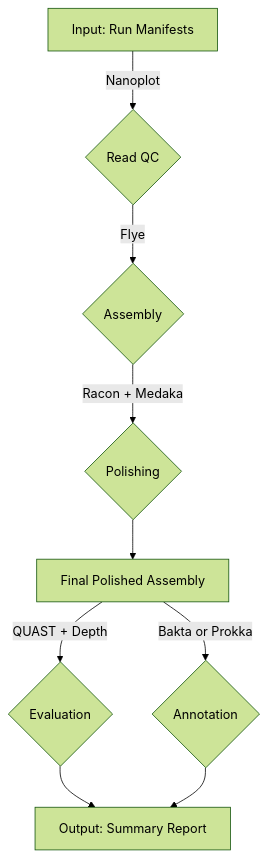
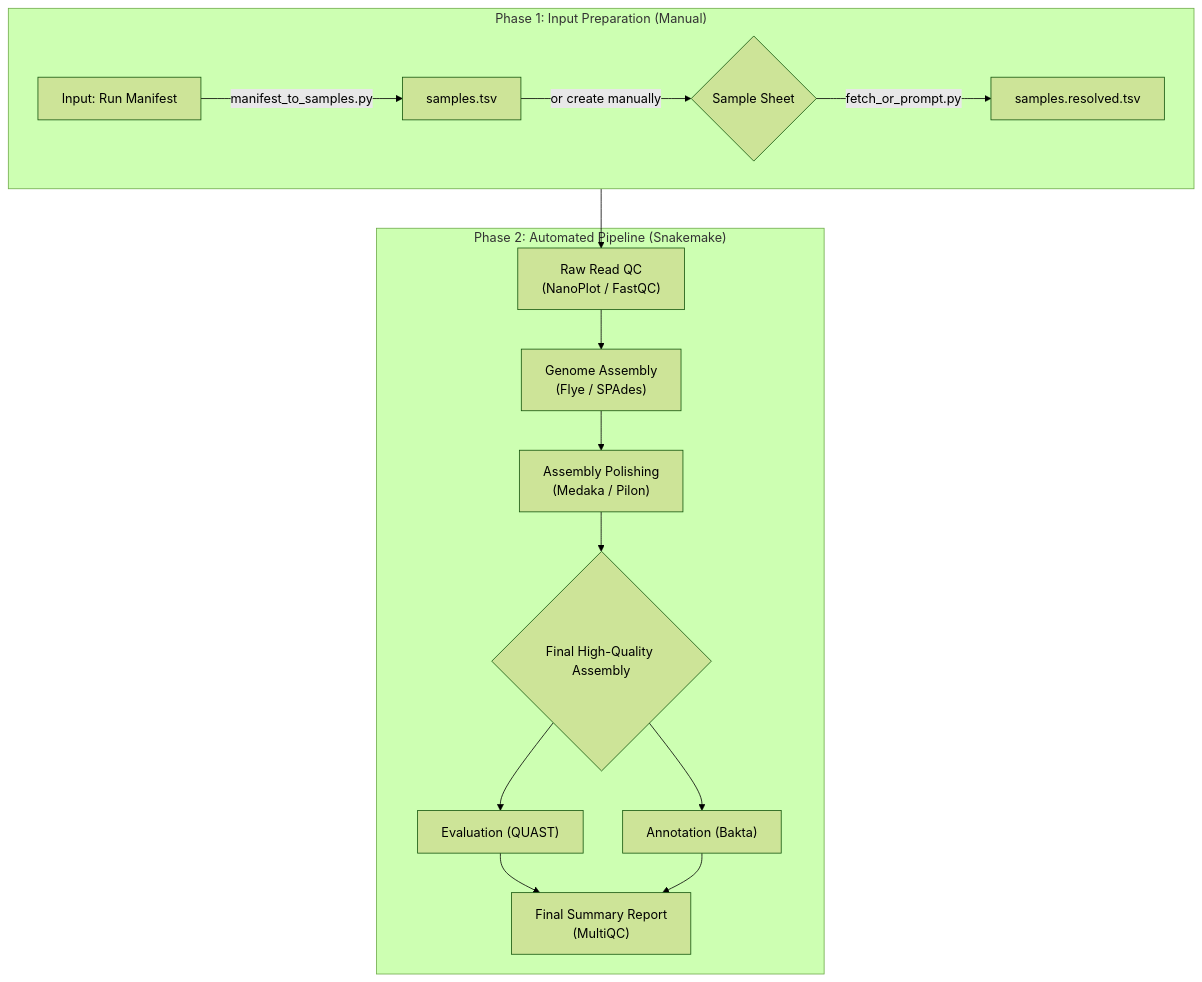
The diagram in README.md (yukicyk/nanopore-bac-genome-assembly), drawn with Mermaid (forest theme) before and after one commit. The commit also changed other lines of this file and 13 other files, not shown here.

````diff
--- a/README.md
+++ b/README.md
@@ -26,10 +26,20 @@
 ```mermaid
-flowchart TD
-   A[Input: Run Manifests] --> |Nanoplot| B{"Read QC"};
-    B --> |Flye| C{"Assembly"};
-    C --> |Racon + Medaka| D{"Polishing"};
-    D --> E[Final Polished Assembly];
-    E --> |QUAST + Depth| F{"Evaluation"};
-    E --> |Bakta or Prokka| G{"Annotation"};
-    F & G --> H[Output: Summary Report];
+   flowchart TD
+    subgraph "Phase 1: Input Preparation (Manual)"
+        direction LR
+        A["Input: Run Manifest"] --> |manifest_to_samples.py| B["samples.tsv"];
+        B -- "or create manually" --> C{Sample Sheet};
+        C --> |fetch_or_prompt.py| D["samples.resolved.tsv"];
+    end
+
+    subgraph "Phase 2: Automated Pipeline (Snakemake)"
+        D --> E["Raw Read QC <br> (NanoPlot / FastQC)"];
+        E --> F["Genome Assembly <br> (Flye / SPAdes)"];
+        F --> G["Assembly Polishing <br> (Medaka / Pilon)"];
+        G --> H{"Final High-Quality Assembly"};
+        H --> I["Evaluation (QUAST)"];
+        H --> J["Annotation (Bakta)"];
+        I & J --> K["Final Summary Report <br> (MultiQC)"];
+    end
+
 ```
````
